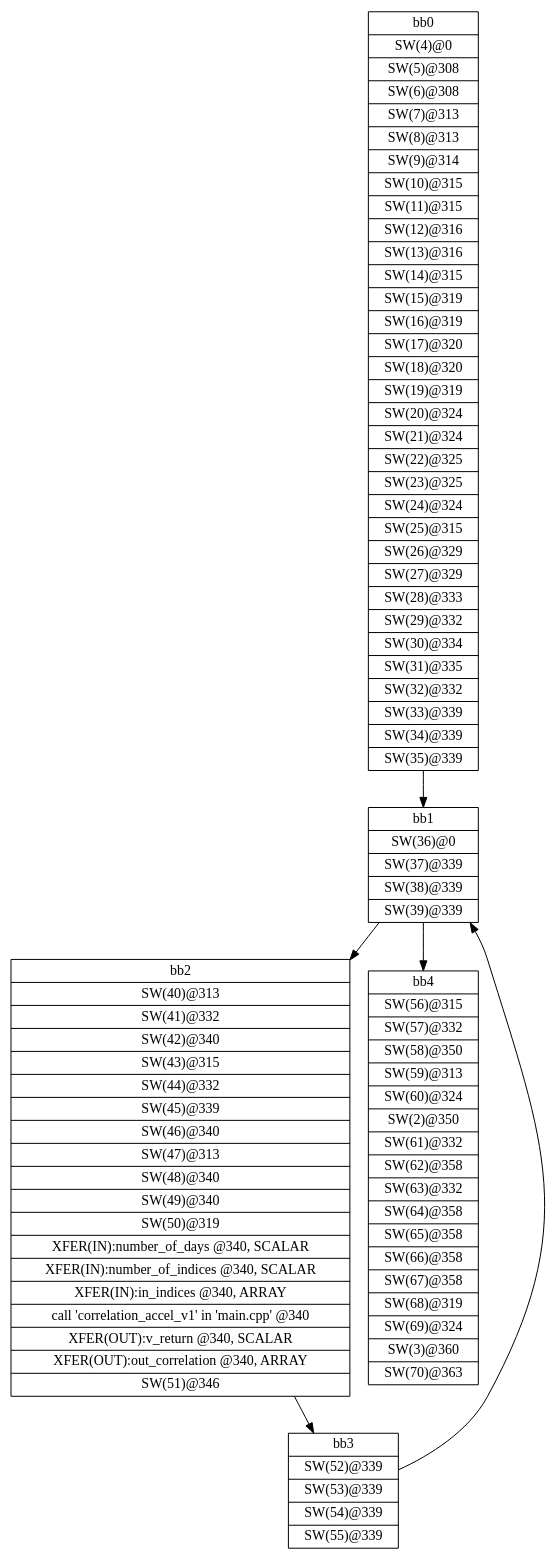
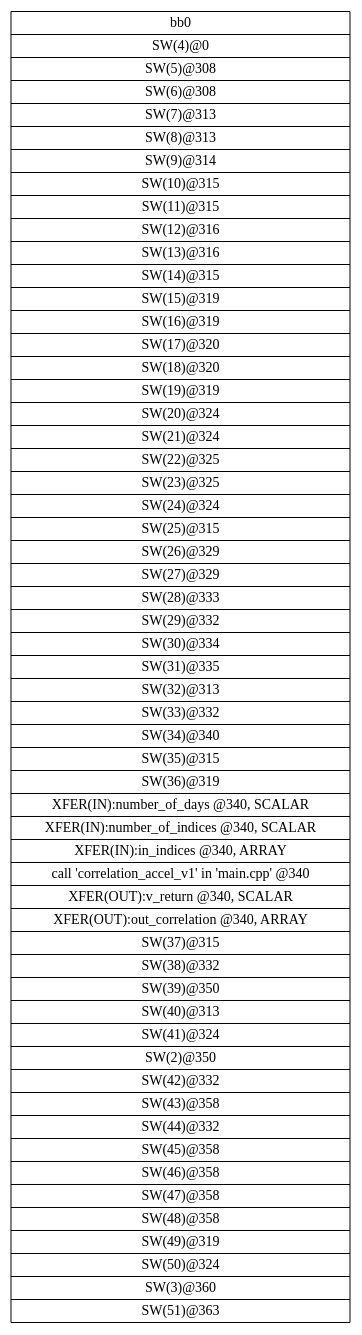
The diagram in workspace/correlation_ver1/correlation_ver1_linux/SDRelease/_sds/.llvm/_px_cdfg_xfer_main.dot (nguyencanhtrung/SDSoC), drawn with Graphviz before and after one commit. The commit also changed 252 other files, not shown here.

```diff
--- a/workspace/correlation_ver1/correlation_ver1_linux/SDRelease/_sds/.llvm/_px_cdfg_xfer_main.dot
+++ b/workspace/correlation_ver1/correlation_ver1_linux/SDRelease/_sds/.llvm/_px_cdfg_xfer_main.dot
@@ -1,13 +1,4 @@
 digraph CDFG {
 node [shape=record];
-bb0 [shape=record, label = "{bb0|<x0x2233230>SW(4)@0\n|<x0x2232e50>SW(5)@308\n|<x0x2232fb0>SW(6)@308\n|<x0x2233110>SW(7)@313\n|<x0x21f1320>SW(8)@313\n|<x0x21f1480>SW(9)@314\n|<x0x21f15e0>SW(10)@315\n|<x0x21f1740>SW(11)@315\n|<x0x21f18a0>SW(12)@316\n|<x0x21f1a10>SW(13)@316\n|<x0x21f1b40>SW(14)@315\n|<x0x21f1ca0>SW(15)@319\n|<x0x21f1e00>SW(16)@319\n|<x0x21f1f60>SW(17)@320\n|<x0x21f20d0>SW(18)@320\n|<x0x21f2200>SW(19)@319\n|<x0x21f2360>SW(20)@324\n|<x0x21f24c0>SW(21)@324\n|<x0x21f2620>SW(22)@325\n|<x0x21f2790>SW(23)@325\n|<x0x21f28c0>SW(24)@324\n|<x0x21f2a20>SW(25)@315\n|<x0x21f2b80>SW(26)@329\n|<x0x21f2cb0>SW(27)@329\n|<x0x21f2e00>SW(28)@333\n|<x0x21f2f70>SW(29)@332\n|<x0x21f30e0>SW(30)@334\n|<x0x2234550>SW(31)@335\n|<x0x22366d0>SW(32)@332\n|<x0x2236840>SW(33)@339\n|<x0x2236980>SW(34)@339\n|<x0x2236ae0>SW(35)@339\n}"];
-bb1 [shape=record, label = "{bb1|<x0x2234690>SW(36)@0\n|<x0x2234750>SW(37)@339\n|<x0x22348b0>SW(38)@339\n|<x0x22349f0>SW(39)@339\n}"];
-bb2 [shape=record, label = "{bb2|<x0x2234630>SW(40)@313\n|<x0x2234cd0>SW(41)@332\n|<x0x2234e40>SW(42)@340\n|<x0x2234f80>SW(43)@315\n|<x0x22350e0>SW(44)@332\n|<x0x2235250>SW(45)@339\n|<x0x22353b0>SW(46)@340\n|<x0x22354f0>SW(47)@313\n|<x0x2235650>SW(48)@340\n|<x0x2235780>SW(49)@340\n|<x0x22358c0>SW(50)@319\n|<x0x2237400>XFER(IN):number_of_days @340, SCALAR\n|<x0x2237480>XFER(IN):number_of_indices @340, SCALAR\n|<x0x2237500>XFER(IN):in_indices @340, ARRAY\n|<x0x21ed780>call 'correlation_accel_v1' in 'main.cpp' @340\n|<x0x2237600>XFER(OUT):v_return @340, SCALAR\n|<x0x2237580>XFER(OUT):out_correlation @340, ARRAY\n|<x0x2235a20>SW(51)@346\n}"];
-bb3 [shape=record, label = "{bb3|<x0x2235b00>SW(52)@339\n|<x0x2235c60>SW(53)@339\n|<x0x2235da0>SW(54)@339\n|<x0x2235f00>SW(55)@339\n}"];
-bb4 [shape=record, label = "{bb4|<x0x2234b20>SW(56)@315\n|<x0x2236230>SW(57)@332\n|<x0x22363a0>SW(58)@350\n|<x0x22364e0>SW(59)@313\n|<x0x2236bc0>SW(60)@324\n|<x0x21f1060>SW(2)@350\n|<x0x2238d30>SW(61)@332\n|<x0x2238ea0>SW(62)@358\n|<x0x2238fe0>SW(63)@332\n|<x0x2239150>SW(64)@358\n|<x0x2236ca0>SW(65)@358\n|<x0x2236dd0>SW(66)@358\n|<x0x2236f00>SW(67)@358\n|<x0x2237060>SW(68)@319\n|<x0x22371c0>SW(69)@324\n|<x0x21f1000>SW(3)@360\n|<x0x2237320>SW(70)@363\n}"];
-bb0 -> bb1
-bb1 -> bb2
-bb1 -> bb4
-bb2 -> bb3
-bb3 -> bb1
+bb0 [shape=record, label = "{bb0|<x0x3cdf6b0>SW(4)@0\n|<x0x3cdf2d0>SW(5)@308\n|<x0x3cdf430>SW(6)@308\n|<x0x3cdf590>SW(7)@313\n|<x0x3c9d7a0>SW(8)@313\n|<x0x3c9d900>SW(9)@314\n|<x0x3c9da60>SW(10)@315\n|<x0x3c9dbc0>SW(11)@315\n|<x0x3c9dd20>SW(12)@316\n|<x0x3c9de90>SW(13)@316\n|<x0x3c9dfc0>SW(14)@315\n|<x0x3c9e120>SW(15)@319\n|<x0x3c9e280>SW(16)@319\n|<x0x3c9e3e0>SW(17)@320\n|<x0x3c9e550>SW(18)@320\n|<x0x3c9e680>SW(19)@319\n|<x0x3c9e7e0>SW(20)@324\n|<x0x3c9e940>SW(21)@324\n|<x0x3c9eaa0>SW(22)@325\n|<x0x3c9ec10>SW(23)@325\n|<x0x3c9ed40>SW(24)@324\n|<x0x3c9eea0>SW(25)@315\n|<x0x3c9f000>SW(26)@329\n|<x0x3c9f130>SW(27)@329\n|<x0x3c9f280>SW(28)@333\n|<x0x3c9f3f0>SW(29)@332\n|<x0x3c9f560>SW(30)@334\n|<x0x3ce0610>SW(31)@335\n|<x0x3ce2790>SW(32)@313\n|<x0x3ce28f0>SW(33)@332\n|<x0x3ce2a60>SW(34)@340\n|<x0x3ce2ba0>SW(35)@315\n|<x0x3ce2d00>SW(36)@319\n|<x0x3ce06f0>XFER(IN):number_of_days @340, SCALAR\n|<x0x3ce0770>XFER(IN):number_of_indices @340, SCALAR\n|<x0x3ce07f0>XFER(IN):in_indices @340, ARRAY\n|<x0x3c9a160>call 'correlation_accel_v1' in 'main.cpp' @340\n|<x0x3ce08f0>XFER(OUT):v_return @340, SCALAR\n|<x0x3ce0870>XFER(OUT):out_correlation @340, ARRAY\n|<x0x3ce2e60>SW(37)@315\n|<x0x3ce2fc0>SW(38)@332\n|<x0x3ce3130>SW(39)@350\n|<x0x3ce3270>SW(40)@313\n|<x0x3ce33d0>SW(41)@324\n|<x0x3c9ad30>SW(2)@350\n|<x0x3ce3530>SW(42)@332\n|<x0x3ce36a0>SW(43)@358\n|<x0x3ce37e0>SW(44)@332\n|<x0x3ce3950>SW(45)@358\n|<x0x3ce3a80>SW(46)@358\n|<x0x3ce3bb0>SW(47)@358\n|<x0x3ce3ce0>SW(48)@358\n|<x0x3ce3e40>SW(49)@319\n|<x0x3ce3fa0>SW(50)@324\n|<x0x3c9acd0>SW(3)@360\n|<x0x3ce4100>SW(51)@363\n}"];
 }
```
